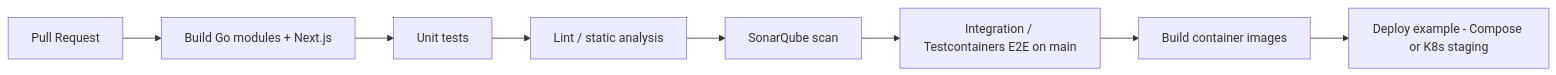
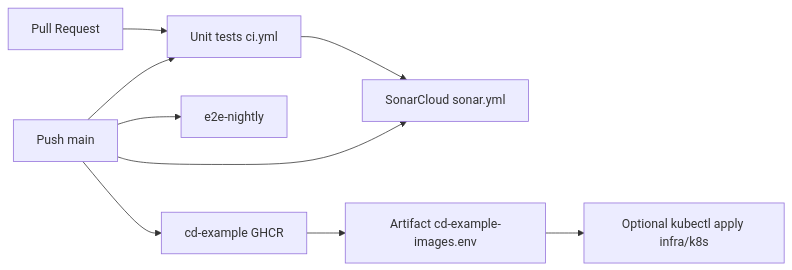
Before and after one commit to bue221/proyecto-arquitectura-software-emergente: the diagram in docs/04-devops/ci-cd.md, drawn with Mermaid. The commit also changed other lines of this file and 19 other files, not shown here.

First line of the commit message:
chore(devops): add SonarCloud CI, GHCR CD example, and demo evidence

````diff
--- a/docs/04-devops/ci-cd.md
+++ b/docs/04-devops/ci-cd.md
@@ -17,10 +16,11 @@
 ```mermaid
 flowchart LR
-  PR[Pull Request] --> B[Build Go modules + Next.js]
-  B --> U[Unit tests]
-  U --> L[Lint / static analysis]
-  L --> S[SonarQube scan]
-  S --> I[Integration / Testcontainers E2E on main]
-  I --> IMG[Build container images]
-  IMG --> DEP[Deploy example - Compose or K8s staging]
+  PR[Pull Request] --> U[Unit tests ci.yml]
+  U --> S[SonarCloud sonar.yml]
+  main[Push main] --> U
+  main --> S
+  main --> E2E[e2e-nightly]
+  main --> CD[cd-example GHCR]
+  CD --> ART[Artifact cd-example-images.env]
+  ART --> K8S[Optional kubectl apply infra/k8s]
 ```
````
